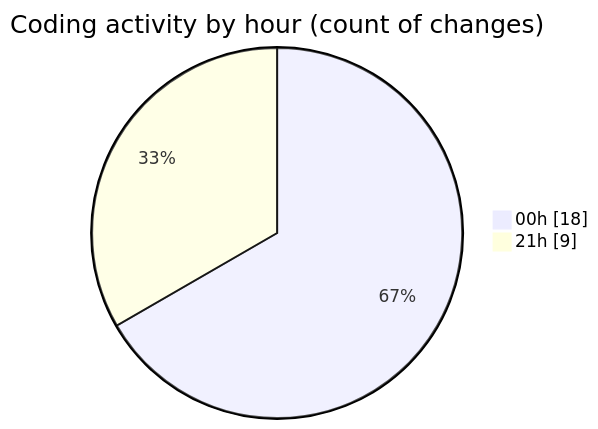
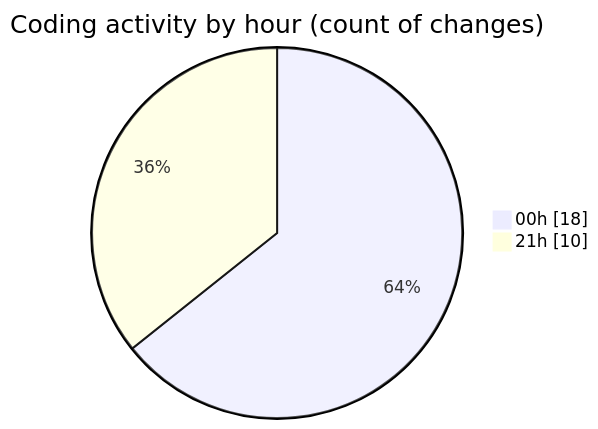
The second of 2 diagrams in 2025-04-23/echo/README.md (Netris89/code-tracking), drawn with Mermaid before and after one commit. The commit also changed other lines of this file and 1 other file, not shown here.

````diff
--- a/2025-04-23/echo/README.md
+++ b/2025-04-23/echo/README.md
@@ -30,6 +30,6 @@
 ```mermaid
 pie showData
 title Coding activity by hour (count of changes)
 "00h" : 18
-"21h" : 9
+"21h" : 10
 ```
````
